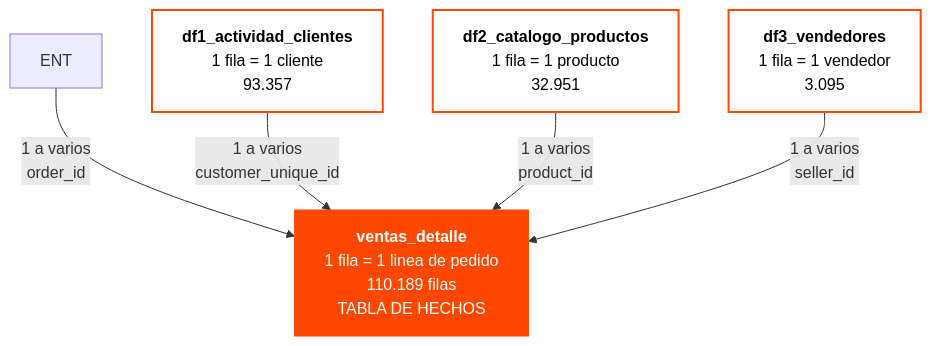
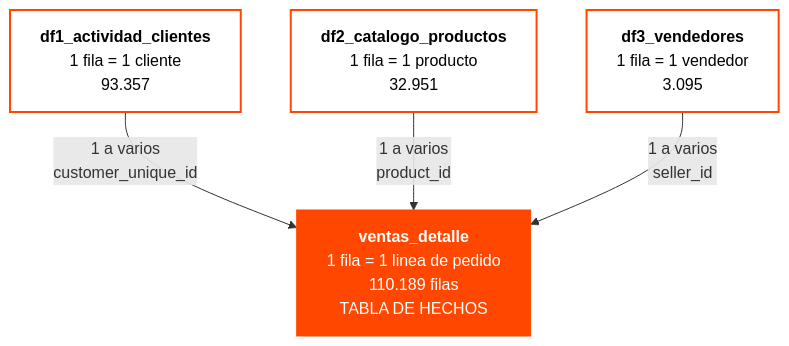
Before and after one commit to Bootcamp-DA-P3/Flujo_de_Datos_de_SQL_a_Python_tania_lena_eddy_franco: the diagram in dashboard/README.md, drawn with Mermaid.

Commit message:
Se actualiza readme

````diff
--- a/dashboard/README.md
+++ b/dashboard/README.md
@@ -71,19 +71,18 @@
 ```mermaid
 flowchart TB
     CLI["<b>df1_actividad_clientes</b><br/>1 fila = 1 cliente<br/>93.357"]
     PRO["<b>df2_catalogo_productos</b><br/>1 fila = 1 producto<br/>32.951"]
     VEN["<b>df3_vendedores</b><br/>1 fila = 1 vendedor<br/>3.095"]
     FACT["<b>ventas_detalle</b><br/>1 fila = 1 linea de pedido<br/>110.189 filas<br/>TABLA DE HECHOS"]
 
-    ENT -->|"1 a varios<br/>order_id"| FACT
     CLI -->|"1 a varios<br/>customer_unique_id"| FACT
     PRO -->|"1 a varios<br/>product_id"| FACT
     VEN -->|"1 a varios<br/>seller_id"| FACT
 
     classDef hecho fill:#ff4700,stroke:#ff4700,color:#ffffff
     classDef dim   fill:#ffffff,stroke:#ff4700,stroke-width:2px,color:#000000
     classDef cal   fill:#ffa37f,stroke:#ff4700,color:#000000
     class FACT hecho
     class CLI,PRO,VEN dim
     class CAL cal
 ```
````
